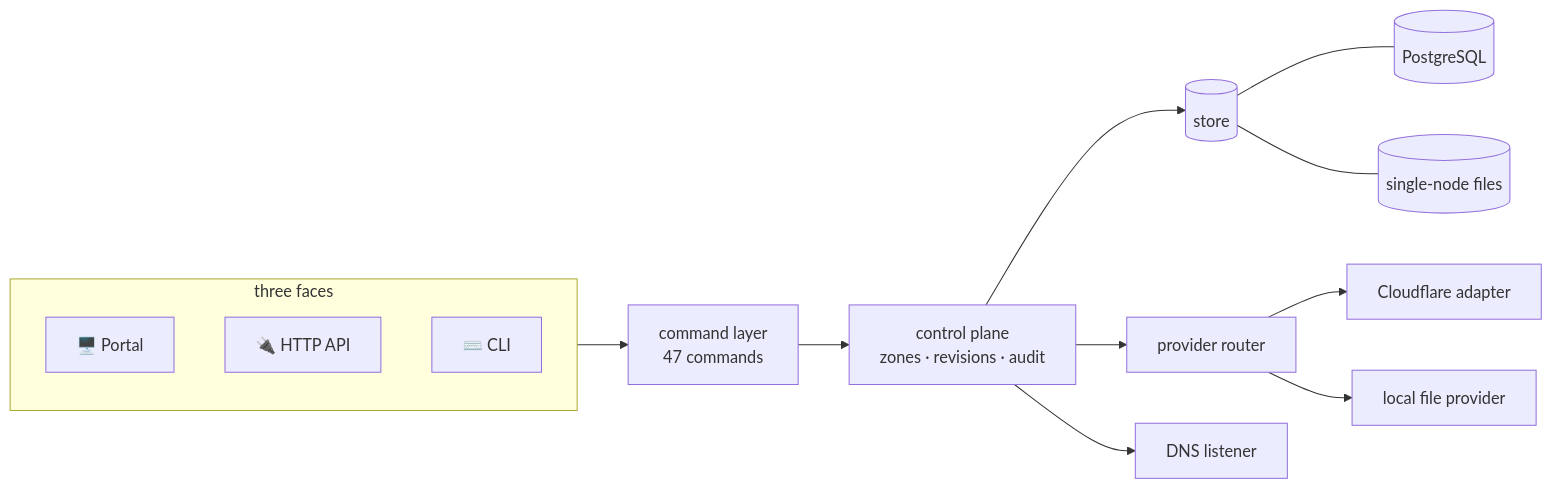
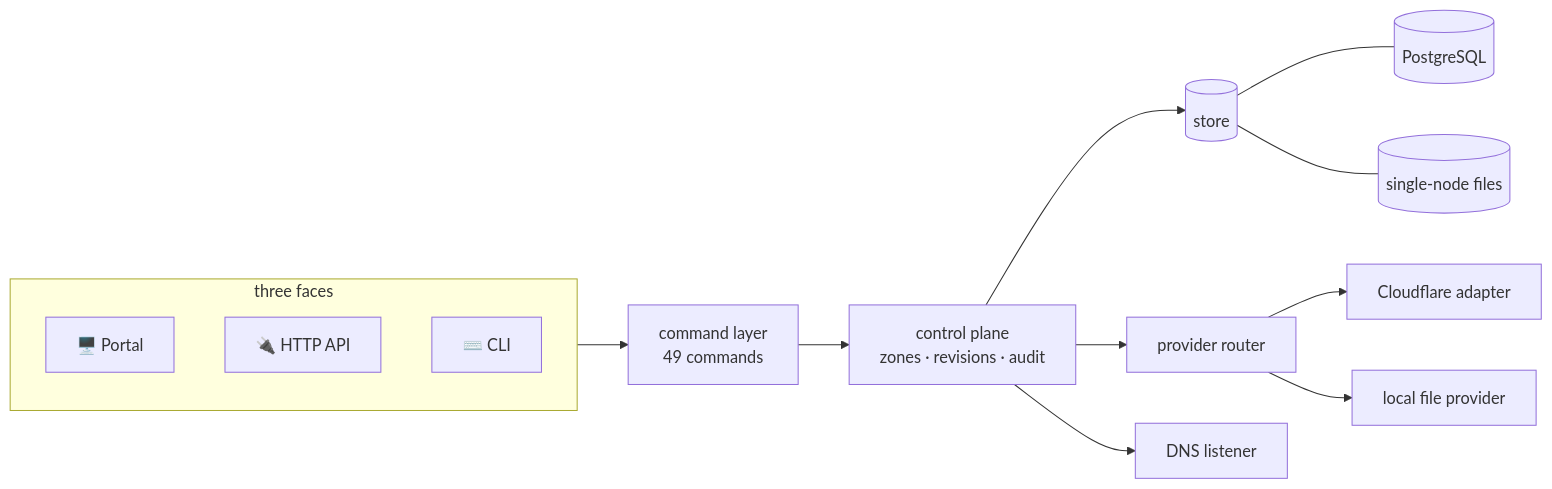
Before and after one commit to henryj-dev/parallax: the second of 3 diagrams in README.md, drawn with Mermaid. The commit also changed other lines of this file and 4 other files, not shown here.

````diff
--- a/README.md
+++ b/README.md
@@ -192,21 +192,21 @@
 ```mermaid
 flowchart LR
     subgraph faces["three faces"]
         P["🖥️ Portal"]
         A["🔌 HTTP API"]
         C["⌨️ CLI"]
     end
 
-    faces --> CMD["command layer<br/>47 commands"]
+    faces --> CMD["command layer<br/>49 commands"]
     CMD --> CP["control plane<br/>zones · revisions · audit"]
 
     CP --> ST[("store")]
     CP --> RT["provider router"]
 
     ST --- PG[("PostgreSQL")]
     ST --- FS[("single-node files")]
 
     RT --> CFA["Cloudflare adapter"]
     RT --> LOC["local file provider"]
     CP --> DNS["DNS listener"]
 ```
````
